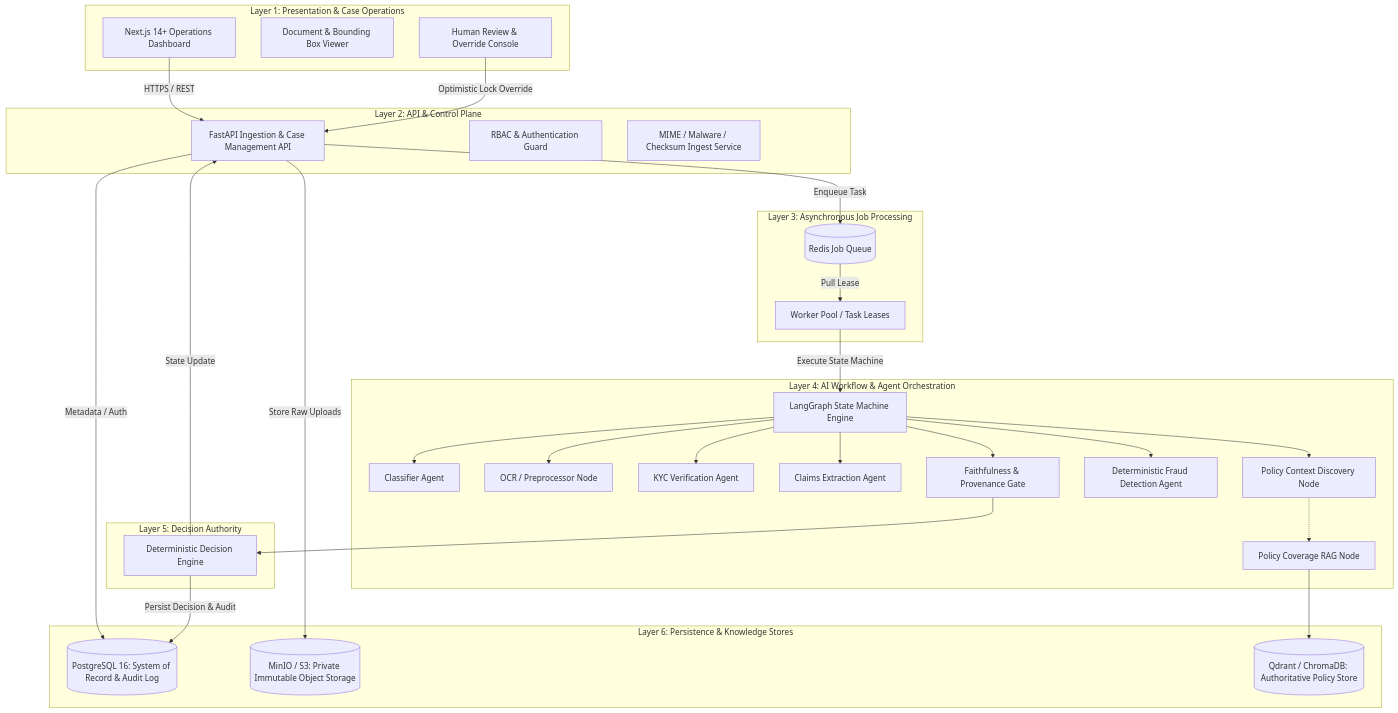
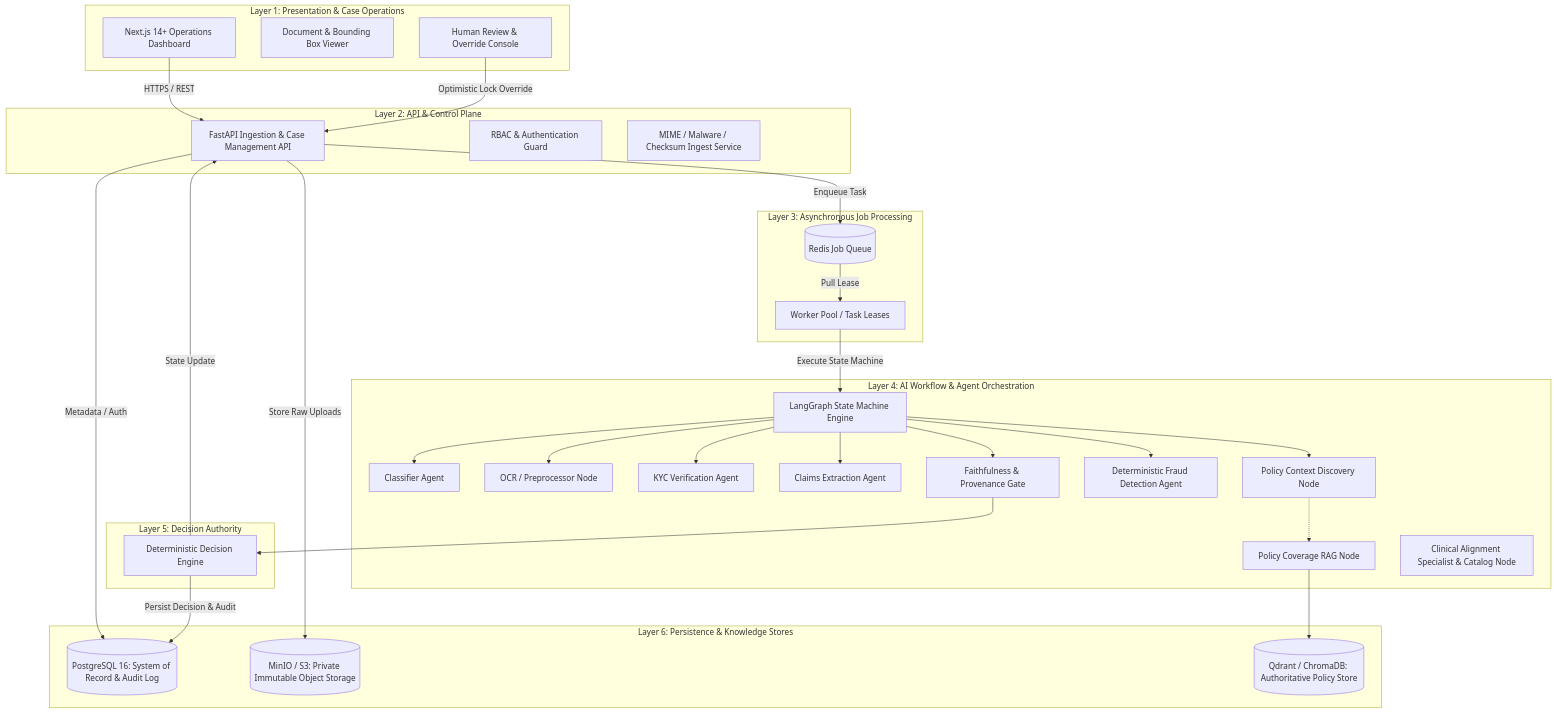
Before and after one commit to barbadikaramey-cloud/medishield: the first of 2 diagrams in docs/canonical/01_CANONICAL_ARCHITECTURE.md, drawn with Mermaid. The commit also changed other lines of this file and 117 other files, not shown here.

Commit message:
feat: implement clinical alignment explanation, service-date kyc fix, and 30-case benchmark verification

````diff
--- a/docs/canonical/01_CANONICAL_ARCHITECTURE.md
+++ b/docs/canonical/01_CANONICAL_ARCHITECTURE.md
@@ -25,61 +25,62 @@
 ```mermaid
 flowchart TB
     subgraph Layer1[Layer 1: Presentation & Case Operations]
         UI[Next.js 14+ Operations Dashboard]
         Viewer[Document & Bounding Box Viewer]
         ReviewQueue[Human Review & Override Console]
     end
 
     subgraph Layer2[Layer 2: API & Control Plane]
         FastAPI[FastAPI Ingestion & Case Management API]
         AuthService[RBAC & Authentication Guard]
         IngestService[MIME / Malware / Checksum Ingest Service]
     end
 
     subgraph Layer3[Layer 3: Asynchronous Job Processing]
         RedisQueue[(Redis Job Queue)]
         CeleryWorker[Worker Pool / Task Leases]
     end
 
     subgraph Layer4[Layer 4: AI Workflow & Agent Orchestration]
         LangGraphEngine[LangGraph State Machine Engine]
         ClassifierAgent[Classifier Agent]
         OCREngine[OCR / Preprocessor Node]
         KYCAgent[KYC Verification Agent]
         ClaimsAgent[Claims Extraction Agent]
         PolicyContextAgent[Policy Context Discovery Node]
         PolicyCoverageAgent[Policy Coverage RAG Node]
+        ClinicalAlignmentAgent[Clinical Alignment Specialist & Catalog Node]
         FraudAgent[Deterministic Fraud Detection Agent]
         FaithfulnessGate[Faithfulness & Provenance Gate]
     end
 
     subgraph Layer5[Layer 5: Decision Authority]
         DecisionEngine[Deterministic Decision Engine]
     end
 
     subgraph Layer6[Layer 6: Persistence & Knowledge Stores]
         PostgreSQL[(PostgreSQL 16: System of Record & Audit Log)]
         ObjectStorage[(MinIO / S3: Private Immutable Object Storage)]
         VectorDB[(Qdrant / ChromaDB: Authoritative Policy Store)]
     end
 
     UI -->|HTTPS / REST| FastAPI
     ReviewQueue -->|Optimistic Lock Override| FastAPI
     FastAPI -->|Enqueue Task| RedisQueue
     FastAPI -->|Metadata / Auth| PostgreSQL
     FastAPI -->|Store Raw Uploads| ObjectStorage
     RedisQueue -->|Pull Lease| CeleryWorker
     CeleryWorker -->|Execute State Machine| LangGraphEngine
     LangGraphEngine --> ClassifierAgent
     LangGraphEngine --> OCREngine
     LangGraphEngine --> KYCAgent
     LangGraphEngine --> ClaimsAgent
     LangGraphEngine --> PolicyContextAgent
     PolicyContextAgent -.-> PolicyCoverageAgent
     PolicyCoverageAgent --> VectorDB
     LangGraphEngine --> FraudAgent
     LangGraphEngine --> FaithfulnessGate
     FaithfulnessGate --> DecisionEngine
     DecisionEngine -->|Persist Decision & Audit| PostgreSQL
     DecisionEngine -->|State Update| FastAPI
 ```
````
